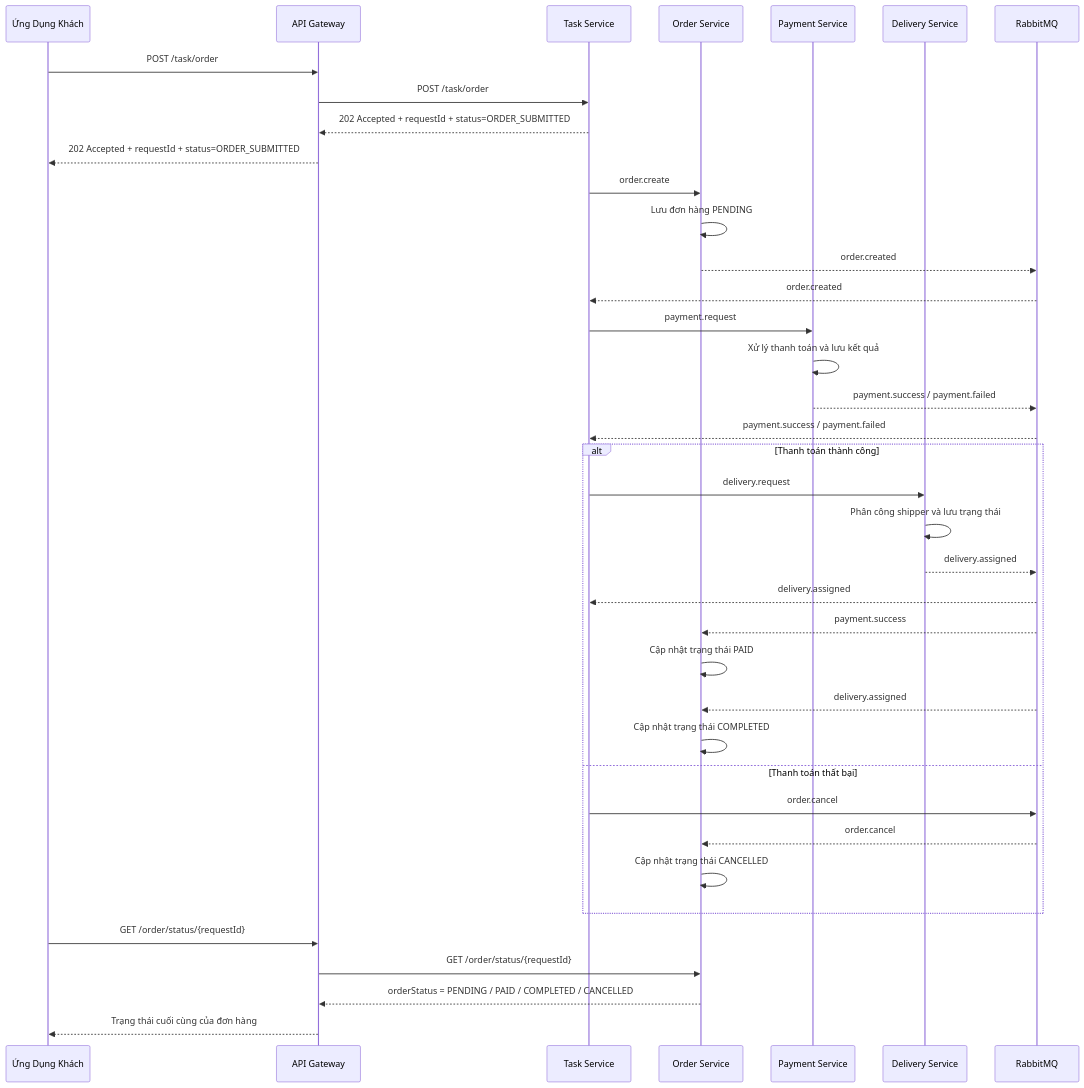
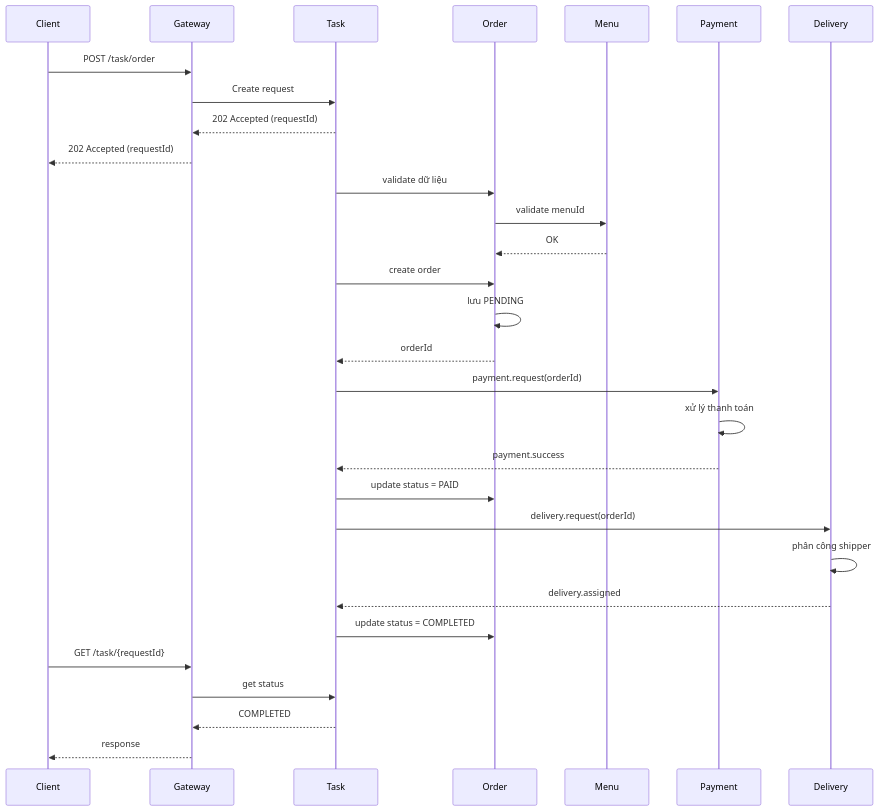
The second of 7 diagrams in analysis-and-design-new.md (Dung1409/SOA), drawn with Mermaid before and after one commit. The commit also changed 126 other files, not shown here.

````diff
--- a/analysis-and-design-new.md
+++ b/analysis-and-design-new.md
@@ -173,45 +173,40 @@
 ```mermaid
 sequenceDiagram
-  participant Khách as Ứng Dụng Khách
-  participant Gateway as API Gateway
-  participant Task as Task Service
-  participant Order as Order Service
-  participant Payment as Payment Service
-  participant Delivery as Delivery Service
-  participant RabbitMQ as RabbitMQ
+  participant Client
+  participant Gateway
+  participant Task
+  participant Order
+  participant Menu
+  participant Payment
+  participant Delivery
 
-  Khách->>Gateway: POST /task/order
-  Gateway->>Task: POST /task/order
-  Task-->>Gateway: 202 Accepted + requestId + status=ORDER_SUBMITTED
-  Gateway-->>Khách: 202 Accepted + requestId + status=ORDER_SUBMITTED
+  Client->>Gateway: POST /task/order
+  Gateway->>Task: Create request
+  Task-->>Gateway: 202 Accepted (requestId)
+  Gateway-->>Client: 202 Accepted (requestId)
 
-  Task->>Order: order.create
-  Order->>Order: Lưu đơn hàng PENDING
-  Order-->>RabbitMQ: order.created
-  RabbitMQ-->>Task: order.created
+  Task->>Order: validate dữ liệu
+  Order->>Menu: validate menuId
+  Menu-->>Order: OK
 
-  Task->>Payment: payment.request
-  Payment->>Payment: Xử lý thanh toán và lưu kết quả
-  Payment-->>RabbitMQ: payment.success / payment.failed
-  RabbitMQ-->>Task: payment.success / payment.failed
+  Task->>Order: create order
+  Order->>Order: lưu PENDING
+  Order-->>Task: orderId
 
-  alt Thanh toán thành công
-    Task->>Delivery: delivery.request
-    Delivery->>Delivery: Phân công shipper và lưu trạng thái
-    Delivery-->>RabbitMQ: delivery.assigned
-    RabbitMQ-->>Task: delivery.assigned
-    RabbitMQ-->>Order: payment.success
-    Order->>Order: Cập nhật trạng thái PAID
-    RabbitMQ-->>Order: delivery.assigned
-    Order->>Order: Cập nhật trạng thái COMPLETED
-  else Thanh toán thất bại
-    Task->>RabbitMQ: order.cancel
-    RabbitMQ-->>Order: order.cancel
-    Order->>Order: Cập nhật trạng thái CANCELLED
-  end
+  Task->>Payment: payment.request(orderId)
+  Payment->>Payment: xử lý thanh toán
+  Payment-->>Task: payment.success
 
-  Khách->>Gateway: GET /order/status/{requestId}
-  Gateway->>Order: GET /order/status/{requestId}
-  Order-->>Gateway: orderStatus = PENDING / PAID / COMPLETED / CANCELLED
-  Gateway-->>Khách: Trạng thái cuối cùng của đơn hàng
+  Task->>Order: update status = PAID
+
+  Task->>Delivery: delivery.request(orderId)
+  Delivery->>Delivery: phân công shipper
+  Delivery-->>Task: delivery.assigned
+
+  Task->>Order: update status = COMPLETED
+
+  Client->>Gateway: GET /task/{requestId}
+  Gateway->>Task: get status
+  Task-->>Gateway: COMPLETED
+  Gateway-->>Client: response
 ```
````
